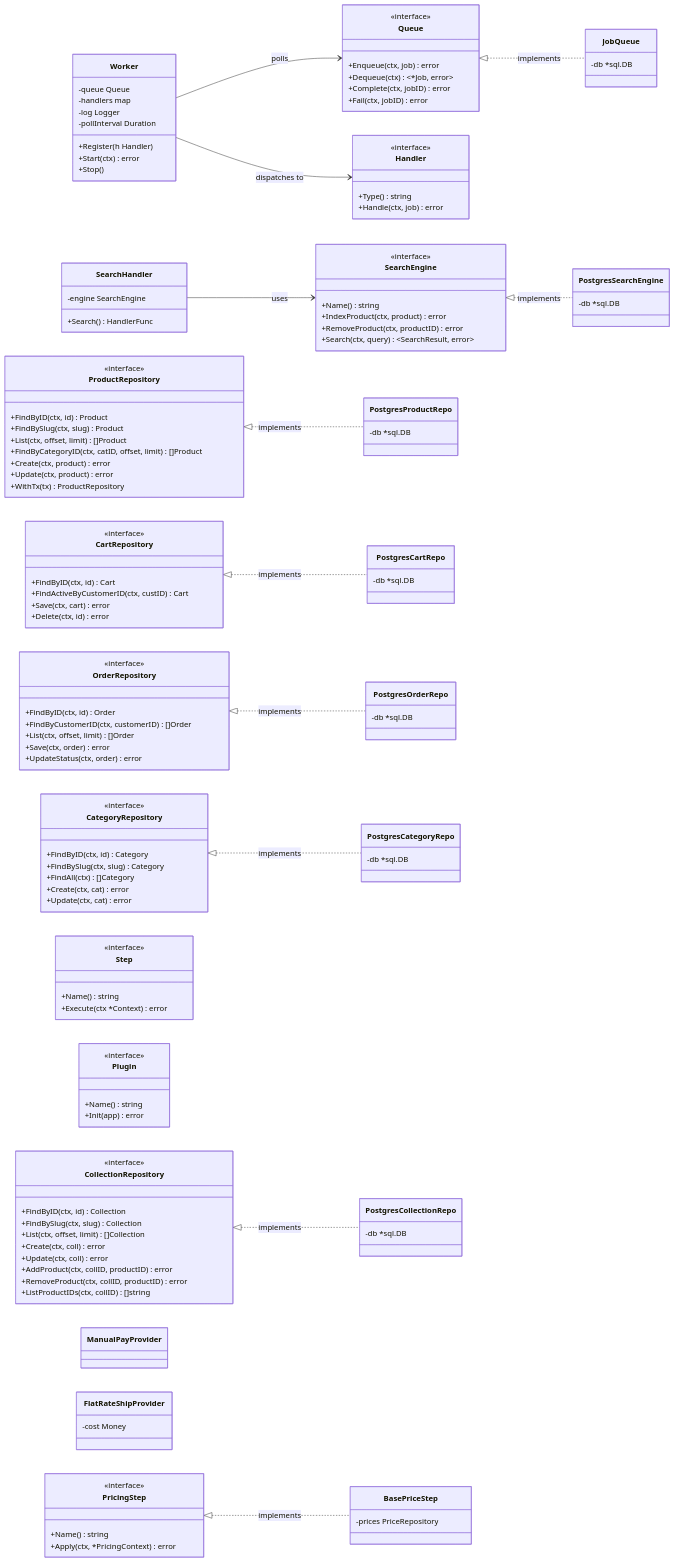
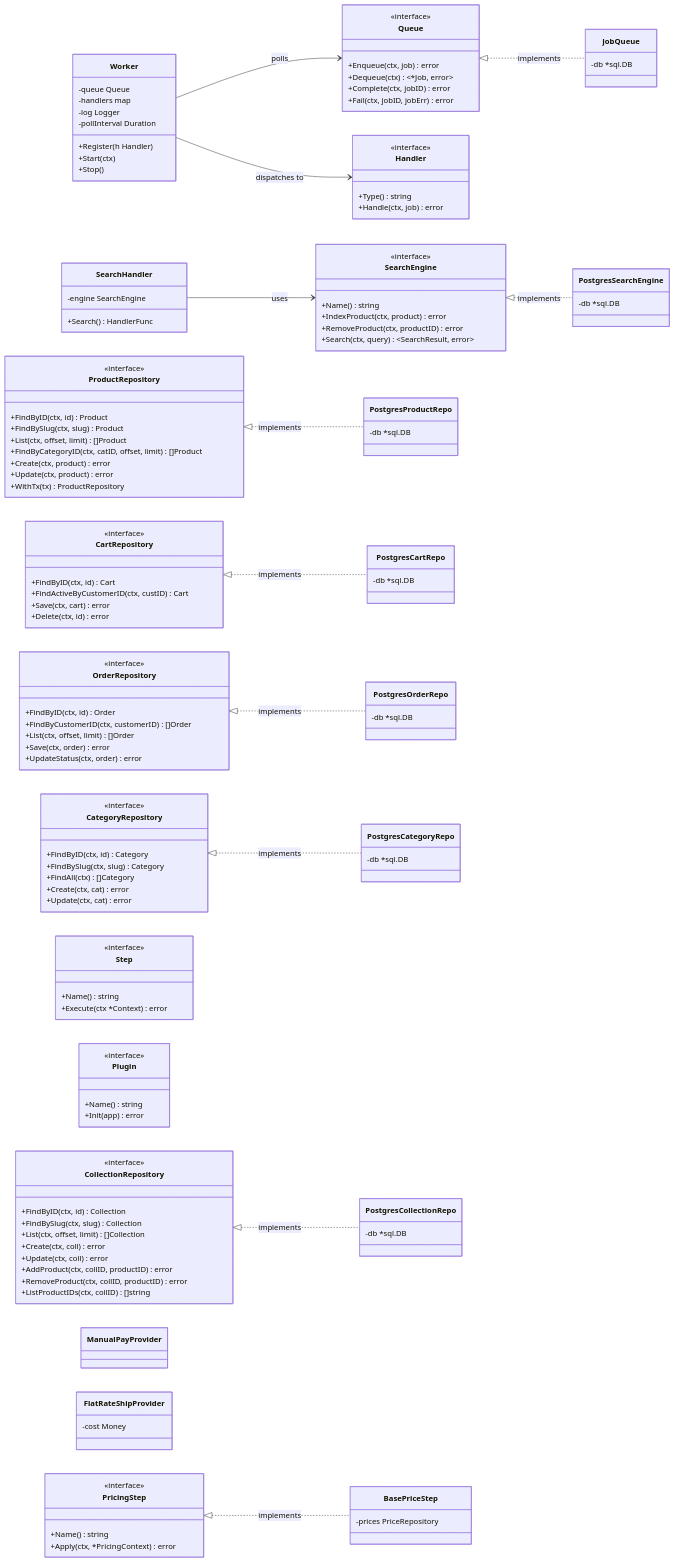
The second of 2 diagrams in docs/diagrams/c4-code.md (akarso/shopanda), drawn with Mermaid before and after one commit. The commit also changed 8 other files, not shown here.

```diff
--- a/docs/diagrams/c4-code.md
+++ b/docs/diagrams/c4-code.md
@@ -291,7 +291,7 @@
         +Enqueue(ctx, job) error
         +Dequeue(ctx) ~*Job, error~
         +Complete(ctx, jobID) error
-        +Fail(ctx, jobID) error
+        +Fail(ctx, jobID, jobErr) error
     }
 
     class Handler {
@@ -306,7 +306,7 @@
         -log Logger
         -pollInterval Duration
         +Register(h Handler)
-        +Start(ctx) error
+        +Start(ctx)
         +Stop()
     }
 
```
